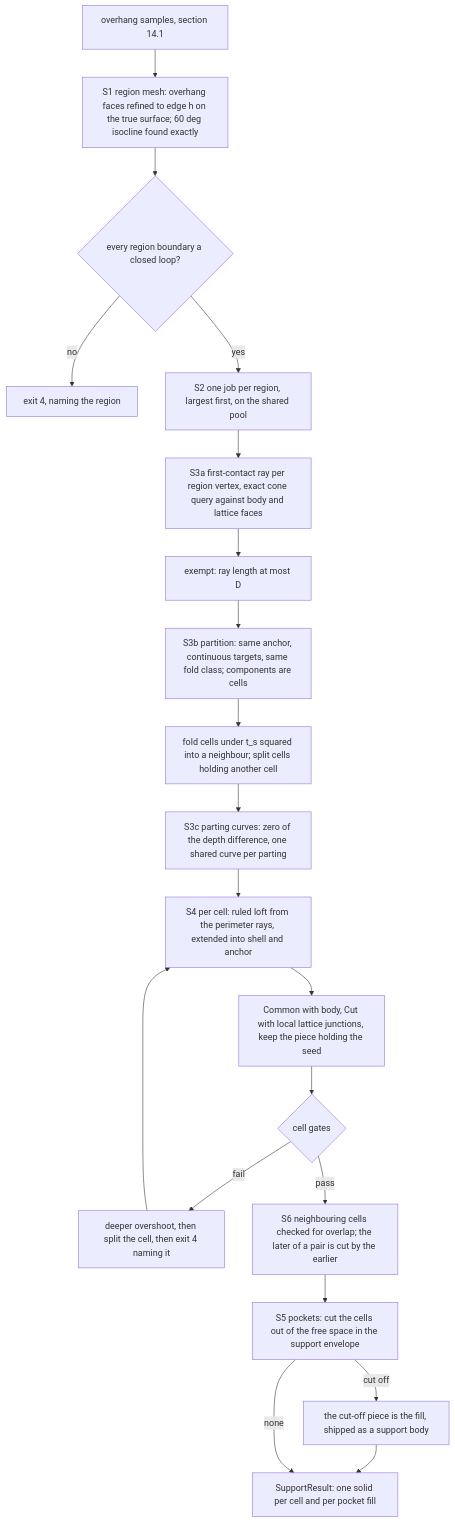
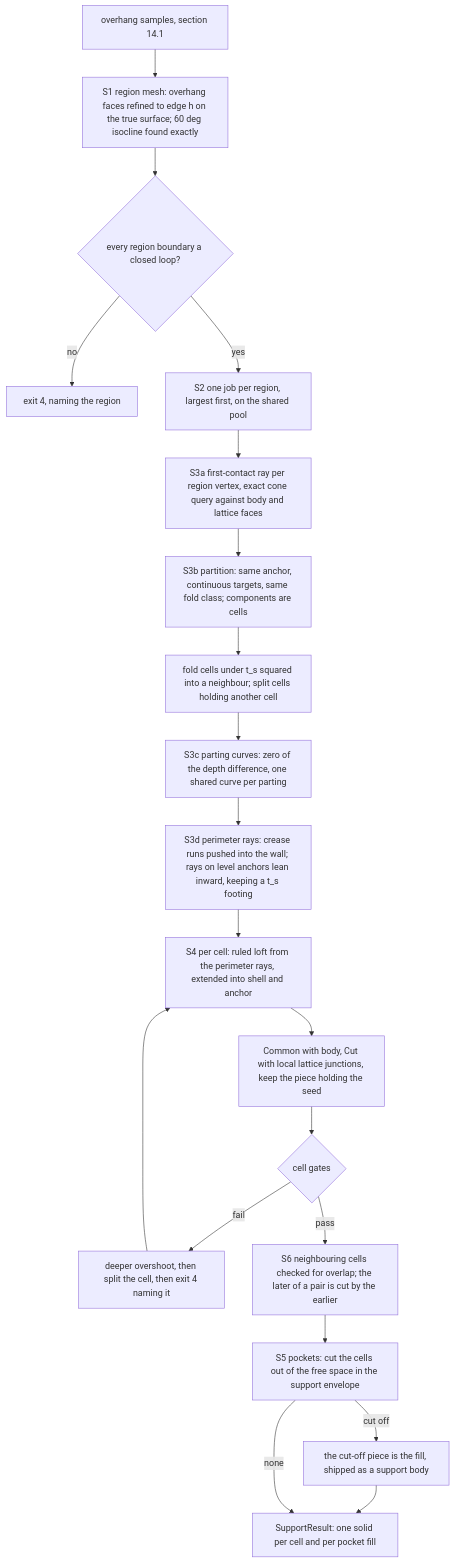
One commit to arnego/latticegen2 changed the third of 3 diagrams in docs/algorithm.md. Above: the diagram before and after it, drawn with Mermaid. The commit also changed other lines of this file and 12 other files, not shown here.

````diff
--- a/docs/algorithm.md
+++ b/docs/algorithm.md
@@ -2516,22 +2516,22 @@
 ```mermaid
 flowchart TD
     A[overhang samples, section 14.1] --> B[S1 region mesh: overhang faces refined to edge h on the true surface; 60 deg isocline found exactly]
     B --> B1{every region boundary a closed loop?}
     B1 -->|no| F1[exit 4, naming the region]
     B1 -->|yes| C[S2 one job per region, largest first, on the shared pool]
     C --> D[S3a first-contact ray per region vertex, exact cone query against body and lattice faces]
-    D --> E[exempt: ray length at most D]
-    E --> G[S3b partition: same anchor, continuous targets, same fold class; components are cells]
+    D --> G[S3b partition: same anchor, continuous targets, same fold class; components are cells]
     G --> H[fold cells under t_s squared into a neighbour; split cells holding another cell]
     H --> I[S3c parting curves: zero of the depth difference, one shared curve per parting]
-    I --> J[S4 per cell: ruled loft from the perimeter rays, extended into shell and anchor]
+    I --> I2[S3d perimeter rays: crease runs pushed into the wall; rays on level anchors lean inward, keeping a t_s footing]
+    I2 --> J[S4 per cell: ruled loft from the perimeter rays, extended into shell and anchor]
     J --> K[Common with body, Cut with local lattice junctions, keep the piece holding the seed]
     K --> L{cell gates}
     L -->|fail| M[deeper overshoot, then split the cell, then exit 4 naming it]
     M --> J
     L -->|pass| P[S6 neighbouring cells checked for overlap; the later of a pair is cut by the earlier]
     P --> N[S5 pockets: cut the cells out of the free space in the support envelope]
     N -->|cut off| O[the cut-off piece is the fill, shipped as a support body]
     O --> Q
     N -->|none| Q[SupportResult: one solid per cell and per pocket fill]
 ```
````
